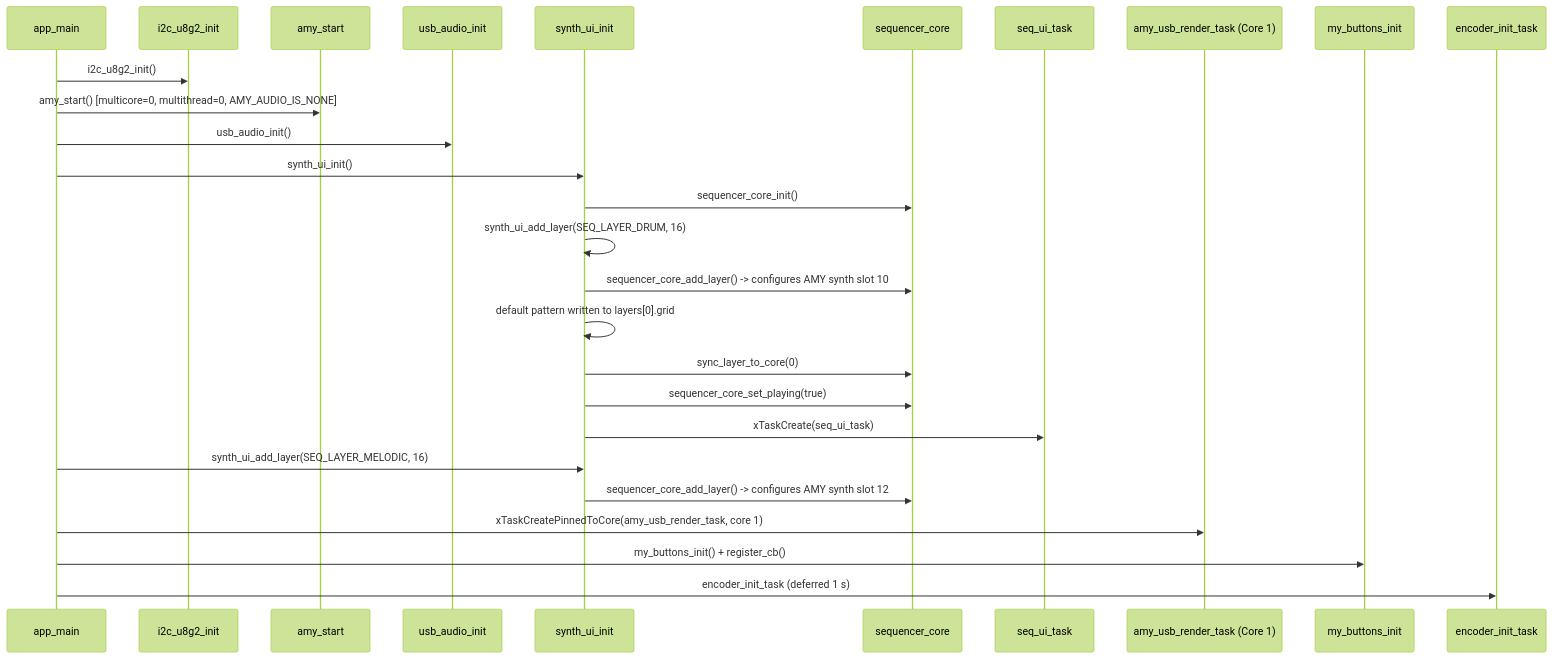
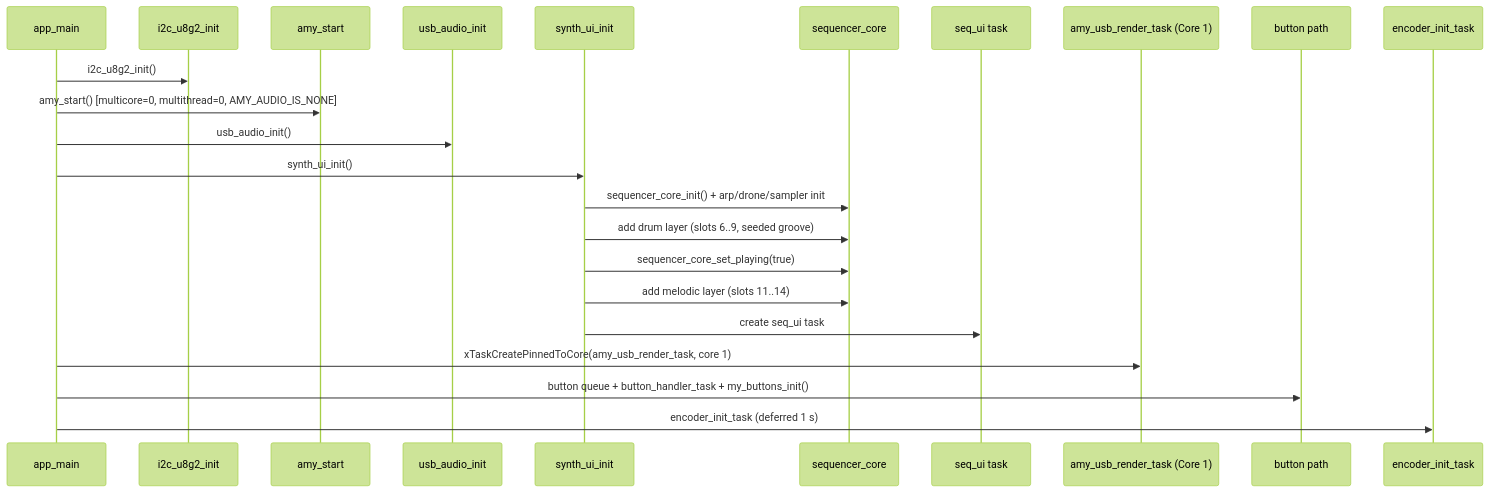
Before and after one commit to cxandy/S3-Amysynth: the second of 2 diagrams in SEQUENCER-ARCHITECTURE.md, drawn with Mermaid (forest theme). The commit also changed other lines of this file and 7 other files, not shown here.

````diff
--- a/SEQUENCER-ARCHITECTURE.md
+++ b/SEQUENCER-ARCHITECTURE.md
@@ -319,30 +400,26 @@
 ```mermaid
 sequenceDiagram
     participant app_main
     participant OLED as i2c_u8g2_init
     participant AMY as amy_start
     participant USB as usb_audio_init
     participant UI as synth_ui_init
     participant Core as sequencer_core
-    participant SeqTask as seq_ui_task
+    participant SeqTask as seq_ui task
     participant Render as amy_usb_render_task (Core 1)
-    participant Btn as my_buttons_init
+    participant Btn as button path
     participant Enc as encoder_init_task
 
     app_main->>OLED: i2c_u8g2_init()
     app_main->>AMY: amy_start() [multicore=0, multithread=0, AMY_AUDIO_IS_NONE]
     app_main->>USB: usb_audio_init()
     app_main->>UI: synth_ui_init()
-    UI->>Core: sequencer_core_init()
-    UI->>UI: synth_ui_add_layer(SEQ_LAYER_DRUM, 16)
-    UI->>Core: sequencer_core_add_layer() -> configures AMY synth slot 10
-    UI->>UI: default pattern written to layers[0].grid
-    UI->>Core: sync_layer_to_core(0)
+    UI->>Core: sequencer_core_init() + arp/drone/sampler init
+    UI->>Core: add drum layer (slots 6..9, seeded groove)
     UI->>Core: sequencer_core_set_playing(true)
-    UI->>SeqTask: xTaskCreate(seq_ui_task)
-    app_main->>UI: synth_ui_add_layer(SEQ_LAYER_MELODIC, 16)
-    UI->>Core: sequencer_core_add_layer() -> configures AMY synth slot 12
+    UI->>Core: add melodic layer (slots 11..14)
+    UI->>SeqTask: create seq_ui task
     app_main->>Render: xTaskCreatePinnedToCore(amy_usb_render_task, core 1)
-    app_main->>Btn: my_buttons_init() + register_cb()
+    app_main->>Btn: button queue + button_handler_task + my_buttons_init()
     app_main->>Enc: encoder_init_task (deferred 1 s)
 ```
````
